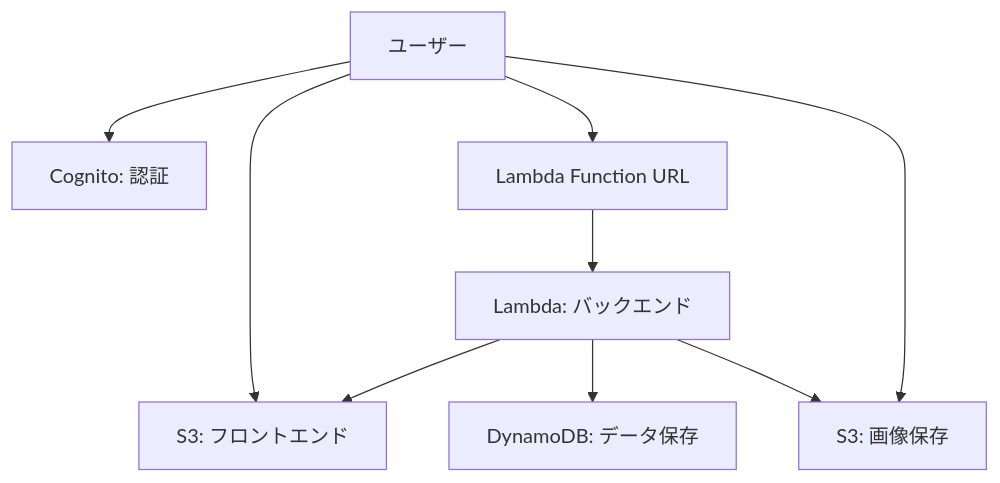
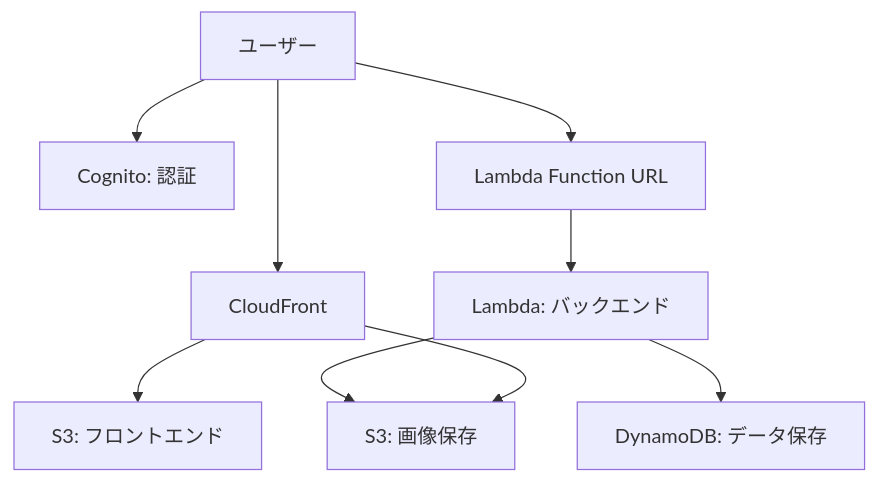
Before and after one commit to masanori-sasaki/bonsai-app: the first of 2 diagrams in docs/design/infrastructure.md, drawn with Mermaid. The commit also changed other lines of this file and 20 other files, not shown here.

````diff
--- a/docs/design/infrastructure.md
+++ b/docs/design/infrastructure.md
@@ -25,11 +27,11 @@
 ```mermaid
 graph TD
-    User[ユーザー] --> S3Frontend[S3: フロントエンド]
+    User[ユーザー] --> CloudFront[CloudFront]
+    CloudFront --> S3Frontend[S3: フロントエンド]
     User --> Cognito[Cognito: 認証]
     User --> LambdaURL[Lambda Function URL]
     LambdaURL --> Lambda[Lambda: バックエンド]
     Lambda --> DynamoDB[DynamoDB: データ保存]
-    Lambda --> S3Frontend
     Lambda --> S3Images[S3: 画像保存]
-    User --> S3Images[S3: 画像保存]
+    CloudFront --> S3Images[S3: 画像保存]
 ```
````
